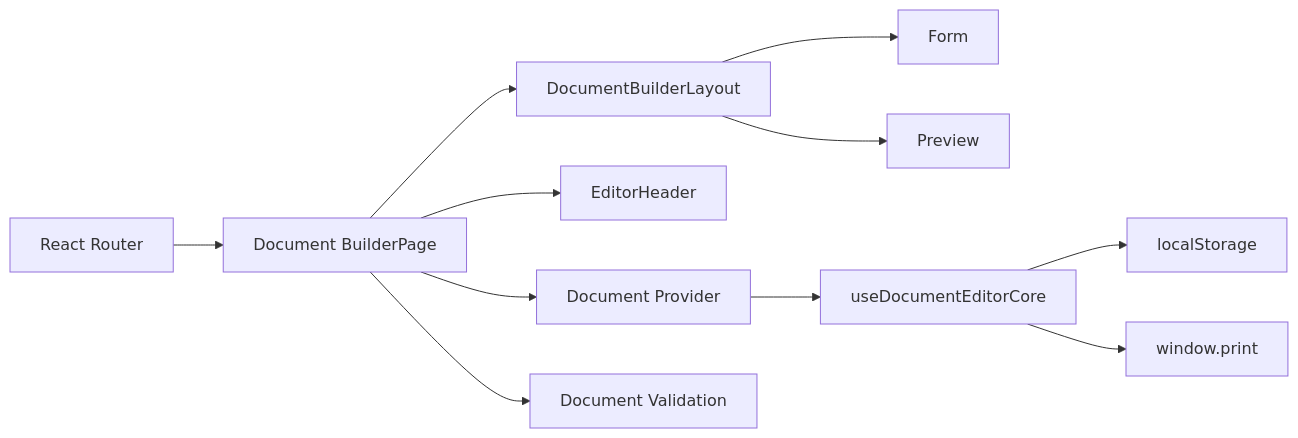
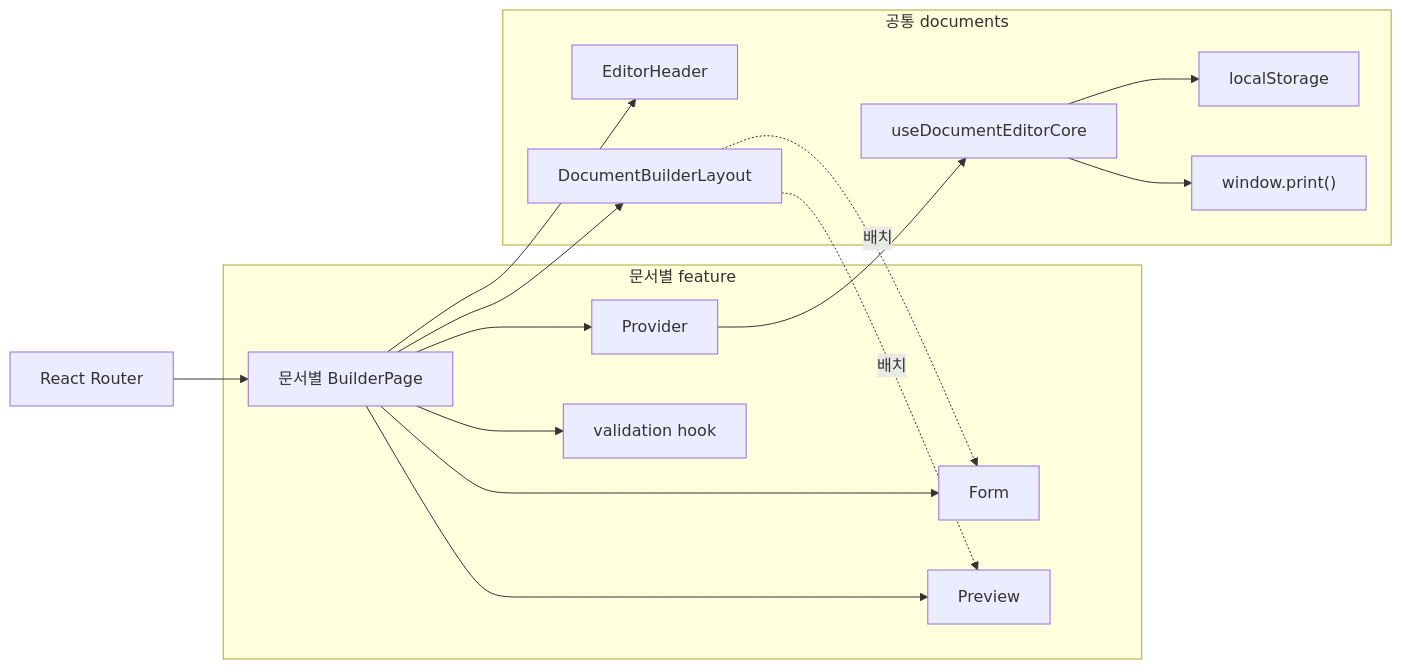
Before and after one commit to jsjweb0/dockit: the diagram in README.md, drawn with Mermaid. The commit also changed other lines of this file and 4 other files, not shown here.

````diff
--- a/README.md
+++ b/README.md
@@ -42,13 +72,22 @@
 ```mermaid
 flowchart LR
-  Router["React Router"] --> Page["Document BuilderPage"]
-  Page --> Provider["Document Provider"]
-  Page --> Header["EditorHeader"]
-  Page --> Layout["DocumentBuilderLayout"]
-  Page --> Validation["Document Validation"]
-  Layout --> Form["Form"]
-  Layout --> Preview["Preview"]
-  Provider --> Core["useDocumentEditorCore"]
-  Core --> Storage["localStorage"]
-  Core --> Print["window.print"]
+  Router["React Router"] --> Page["문서별 BuilderPage"]
+
+  subgraph Feature["문서별 feature"]
+    Page --> Provider["Provider"]
+    Page --> Validation["validation hook"]
+    Page --> Form["Form"]
+    Page --> Preview["Preview"]
+  end
+
+  subgraph Shared["공통 documents"]
+    Page --> Header["EditorHeader"]
+    Page --> Layout["DocumentBuilderLayout"]
+    Provider --> Core["useDocumentEditorCore"]
+    Core --> Storage["localStorage"]
+    Core --> Print["window.print()"]
+  end
+
+  Layout -. 배치 .-> Form
+  Layout -. 배치 .-> Preview
 ```
````
